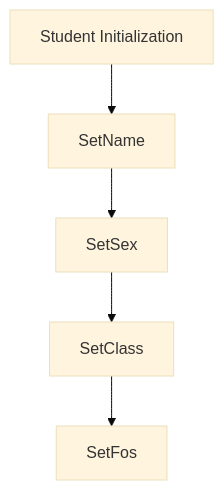
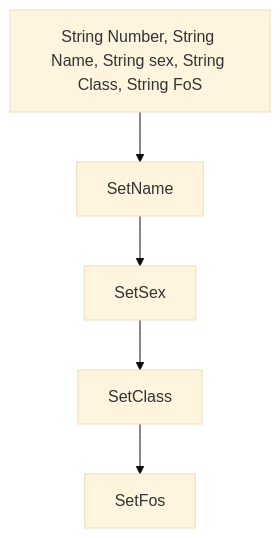
The second of 5 diagrams in SchoolSystem/README.md (RockFreakRickerd/SameCodeDifferentLanguagues), drawn with Mermaid (base theme) before and after one commit. The commit also changed other lines of this file, not shown here.

````diff
--- a/SchoolSystem/README.md
+++ b/SchoolSystem/README.md
@@ -34,4 +35,4 @@
 ```mermaid
 flowchart TD
-  A[Student Initialization] --> B[SetName] --> C[SetSex] --> D[SetClass] --> E[SetFos];
+  A[String Number, String Name, String sex, String Class, String FoS] --> B[SetName] --> C[SetSex] --> D[SetClass] --> E[SetFos];
 ```
````
